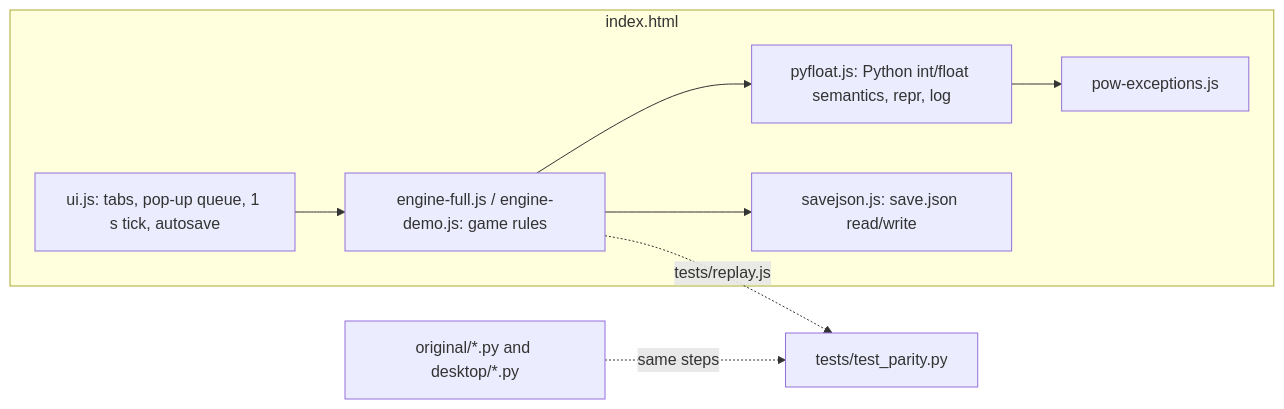
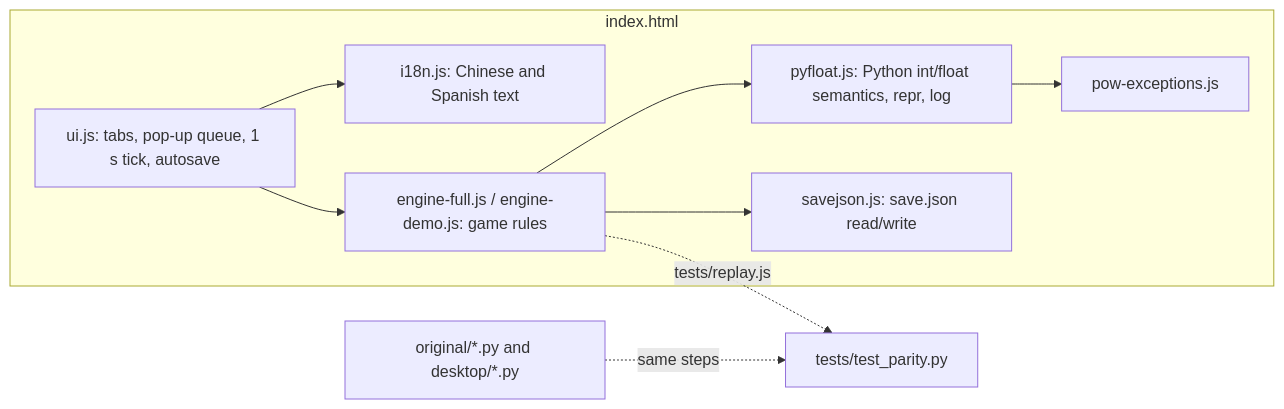
One commit to HansWei/floating-point-inaccuracy-simulator changed the diagram in README.md. Above: the diagram before and after it, drawn with Mermaid. The commit also changed other lines of this file and 9 other files, not shown here.

First line of the commit message:
Label achievement pop-ups and add Chinese and Spanish (#4)

````diff
--- a/README.md
+++ b/README.md
@@ -130,11 +148,12 @@
 ```mermaid
 flowchart LR
   subgraph browser ["index.html"]
-    ui["ui.js: tabs, pop-up queue, 1 s tick, autosave"] --> engine["engine-full.js / engine-demo.js: game rules"]
+    ui["ui.js: tabs, pop-up queue, 1 s tick, autosave"] --> i18n["i18n.js: Chinese and Spanish text"]
+    ui --> engine["engine-full.js / engine-demo.js: game rules"]
     engine --> pyfloat["pyfloat.js: Python int/float semantics, repr, log"]
     engine --> savejson["savejson.js: save.json read/write"]
     pyfloat --> powx["pow-exceptions.js"]
   end
   orig["original/*.py and desktop/*.py"] -.->|"same steps"| parity["tests/test_parity.py"]
   engine -.->|"tests/replay.js"| parity
 ```
````
